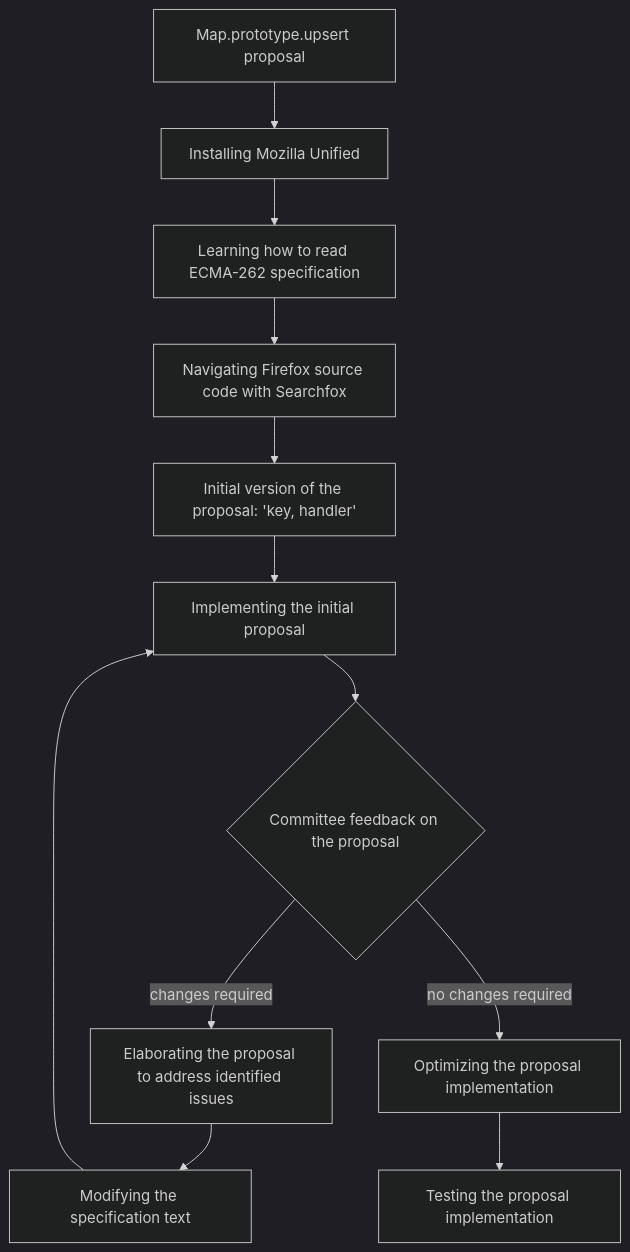
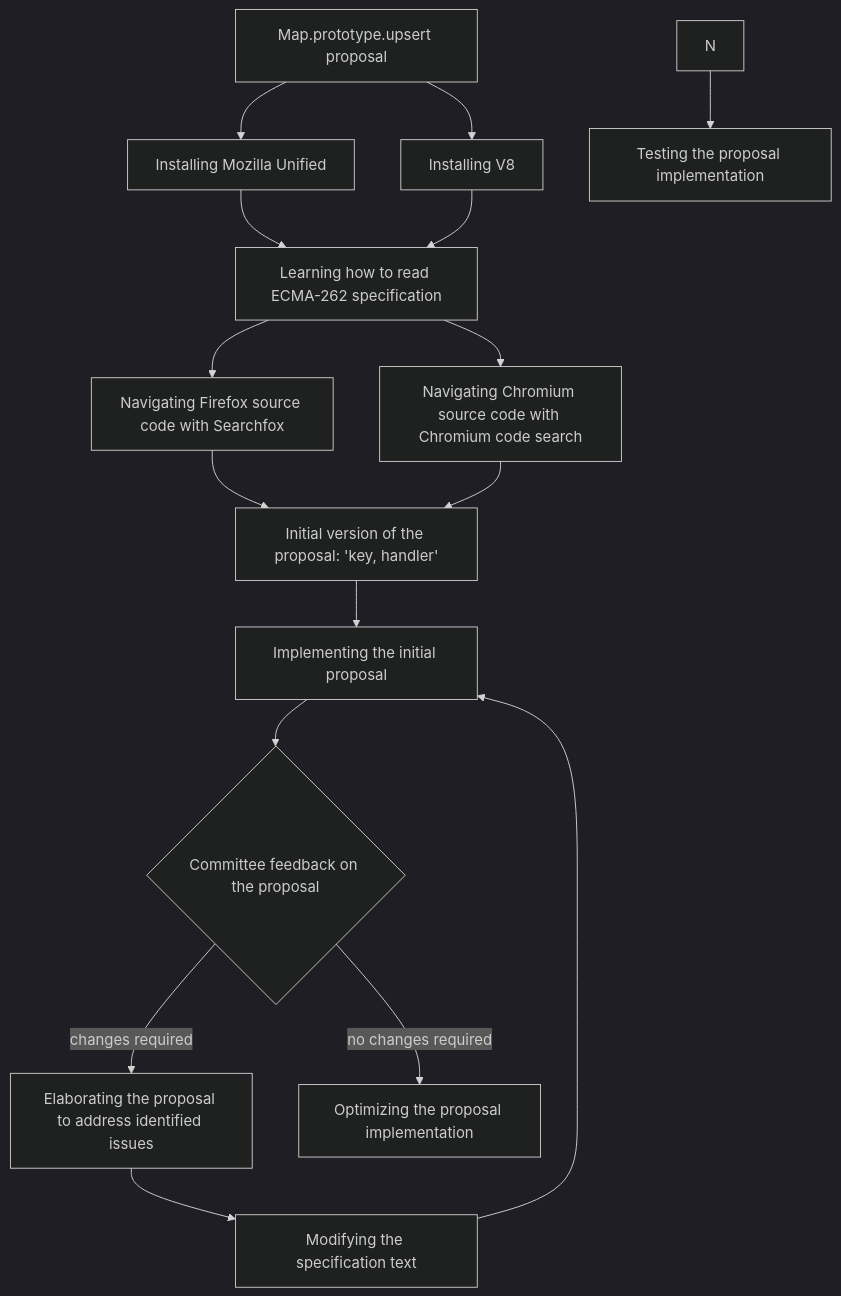
The diagram in README.md (bldl/emplace-spidermonkey), drawn with Mermaid (dark theme) before and after one commit. The commit also changed 1 other file, not shown here.

Commit message:
Updated FlowChart

````diff
--- a/README.md
+++ b/README.md
@@ -42,14 +42,19 @@
 ```mermaid
 flowchart TD
-  A[Map.prototype.upsert proposal] --> B[Installing Mozilla Unified];
-  B --> C[Learning how to read ECMA-262 specification];
-  C --> D[Navigating Firefox source code with Searchfox];
-  D --> E[Initial version of the proposal: 'key, handler'];
-  E --> F[Implementing the initial proposal];
-  F --> G{Committee feedback on the proposal};
-  G --> |changes required| H[Elaborating the proposal to address identified issues];
-  H --> I[Modifying the specification text];
-  I --> F;
-  G --> |no changes required| J[Optimizing the proposal implementation];
-  J --> K[Testing the proposal implementation];
+  A[Map.prototype.upsert proposal];
+  A --> B[Installing Mozilla Unified];
+  A --> C[Installing V8];
+  B --> D[Learning how to read ECMA-262 specification];
+  C --> D;
+  D --> E[Navigating Firefox source code with Searchfox];
+  D --> F[Navigating Chromium source code with Chromium code search];
+  E --> G[Initial version of the proposal: 'key, handler'];
+  F --> G;
+  G --> H[Implementing the initial proposal];
+  H --> I{Committee feedback on the proposal};
+  I --> |changes required| J[Elaborating the proposal to address identified issues];
+  J --> K[Modifying the specification text];
+  K --> H;
+  I --> |no changes required| M[Optimizing the proposal implementation];
+  N --> O[Testing the proposal implementation];
 ```
````
